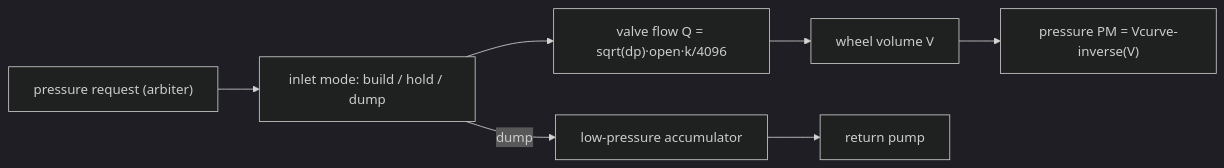
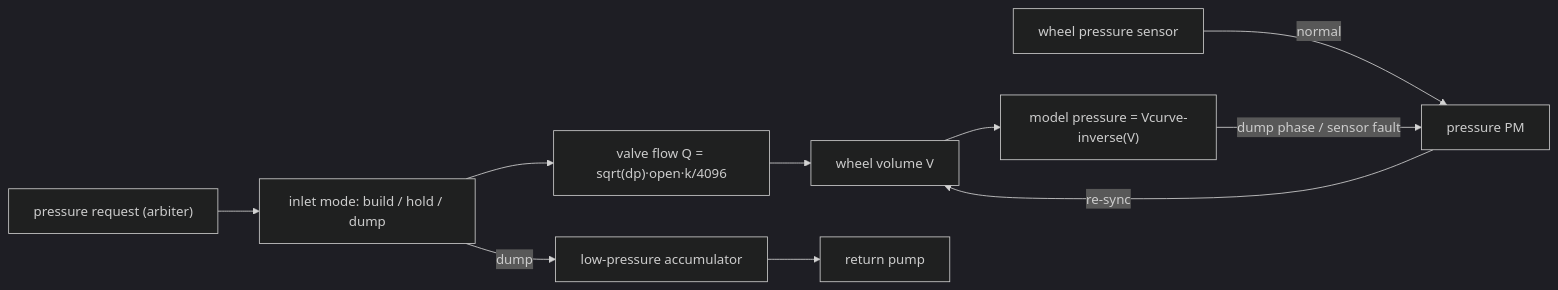
Before and after one commit to cmg5461/mk60e5-firmware: the fourth of 5 diagrams in docs/HANDBOOK.md, drawn with Mermaid (dark theme). The commit also changed other lines of this file and 12 other files, not shown here.

````diff
--- a/docs/HANDBOOK.md
+++ b/docs/HANDBOOK.md
@@ -220,9 +225,12 @@
 ```mermaid
 flowchart LR
   REQ["pressure request (arbiter)"] --> MODE["inlet mode: build / hold / dump"]
   MODE --> Q["valve flow Q = sqrt(dp)·open·k/4096"]
   Q --> V["wheel volume V"]
-  V --> P["pressure PM = Vcurve-inverse(V)"]
+  V --> P["model pressure = Vcurve-inverse(V)"]
+  SENS["wheel pressure sensor"] -->|normal| PM["pressure PM"]
+  P -->|dump phase / sensor fault| PM
+  PM -->|re-sync| V
   MODE -->|dump| LPA["low-pressure accumulator"]
   LPA --> PUMP["return pump"]
 ```
````
